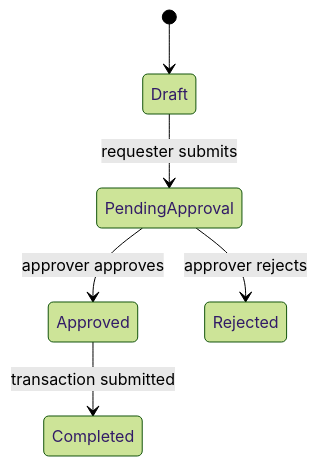
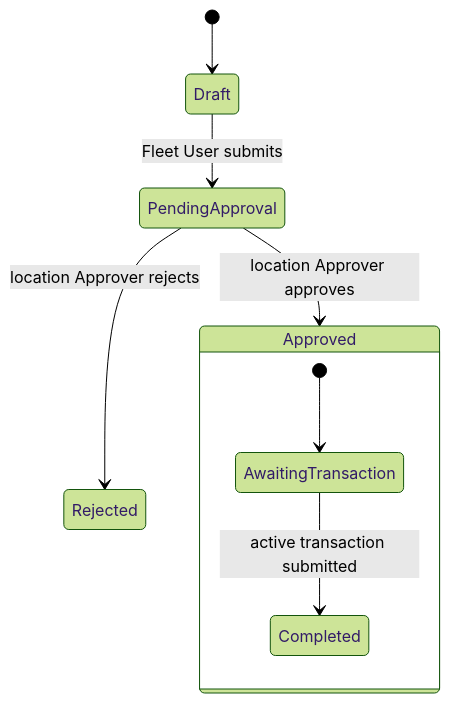
Before and after one commit to BrianKipngetich1/fleet_management: the diagram in specs/001-fleet-fuel-management/verification/phase-00-tracer-bullet.md, drawn with Mermaid (forest theme). The commit also changed other lines of this file and 1 other file, not shown here.

```diff
--- a/specs/001-fleet-fuel-management/verification/phase-00-tracer-bullet.md
+++ b/specs/001-fleet-fuel-management/verification/phase-00-tracer-bullet.md
@@ -31,8 +33,11 @@
 ~~~mermaid
 stateDiagram-v2
     [*] --> Draft
-    Draft --> PendingApproval: requester submits
-    PendingApproval --> Approved: approver approves
-    PendingApproval --> Rejected: approver rejects
-    Approved --> Completed: transaction submitted
+    Draft --> PendingApproval: Fleet User submits
+    PendingApproval --> Approved: location Approver approves
+    PendingApproval --> Rejected: location Approver rejects
+    state Approved {
+        [*] --> AwaitingTransaction
+        AwaitingTransaction --> Completed: active transaction submitted
+    }
 ~~~
```
